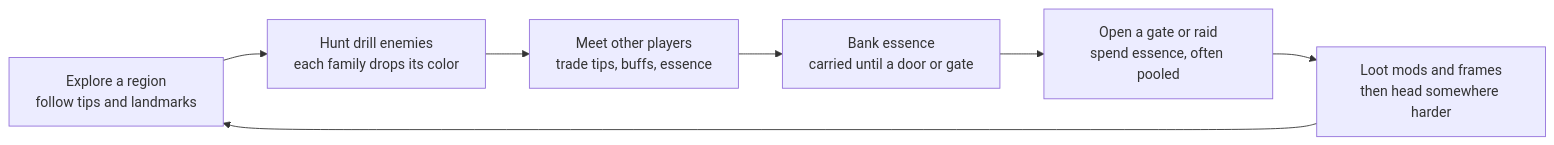
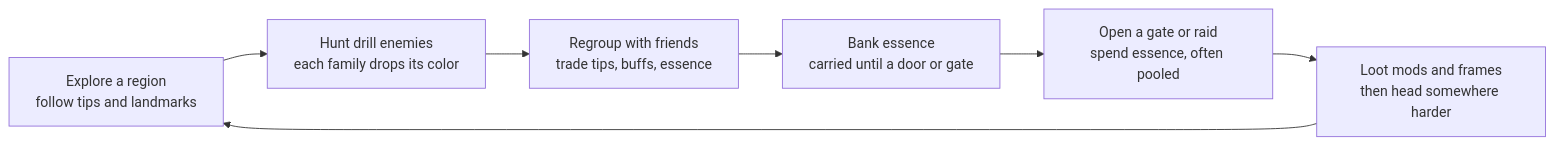
One commit to nvmsocool/FriendlyPersonShooter changed the first of 2 diagrams in Docs/GameDesignDocument.md. Above: the diagram before and after it, drawn with Mermaid. The commit also changed other lines of this file and 112 other files, not shown here.

````diff
--- a/Docs/GameDesignDocument.md
+++ b/Docs/GameDesignDocument.md
@@ -30,9 +30,9 @@
 ```mermaid
 flowchart LR
     A["Explore a region<br/>follow tips and landmarks"] --> B["Hunt drill enemies<br/>each family drops its color"]
-    B --> C["Meet other players<br/>trade tips, buffs, essence"]
+    B --> C["Regroup with friends<br/>trade tips, buffs, essence"]
     C --> D["Bank essence<br/>carried until a door or gate"]
     D --> E["Open a gate or raid<br/>spend essence, often pooled"]
     E --> F["Loot mods and frames<br/>then head somewhere harder"]
     F --> A
 ```
````
